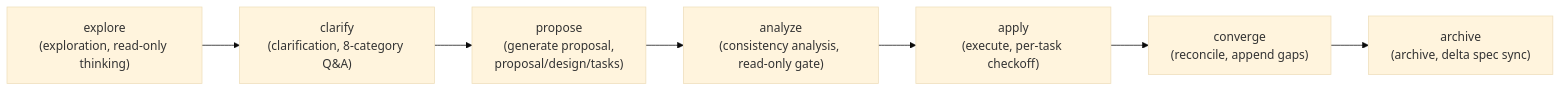
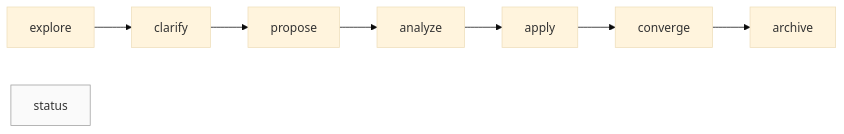
The diagram in README_EN.md (Kirky-X/specmark), drawn with Mermaid (base theme) before and after one commit. The commit also changed other lines of this file and 1 other file, not shown here.

Commit message:
docs(readme): rewrite per unified bilingual skeleton (measured facts, badges inline, 7-section structure)

````diff
--- a/README_EN.md
+++ b/README_EN.md
@@ -157,9 +61,6 @@
 ```mermaid
 flowchart LR
-    A["explore<br/>(exploration, read-only thinking)"] --> B["clarify<br/>(clarification, 8-category Q&A)"]
-    B --> C["propose<br/>(generate proposal,<br/>proposal/design/tasks)"]
-    C --> D["analyze<br/>(consistency analysis, read-only gate)"]
-    D --> E["apply<br/>(execute, per-task checkoff)"]
-    E --> F["converge<br/>(reconcile, append gaps)"]
-    F --> G["archive<br/>(archive, delta spec sync)"]
+    E["explore"] --> C["clarify"] --> P["propose"] --> A["analyze"] --> Ap["apply"] --> Co["converge"] --> Ar["archive"]
+    S["status"]:::query
+    classDef query fill:#fafafa,stroke:#9e9e9e;
 ```
````
